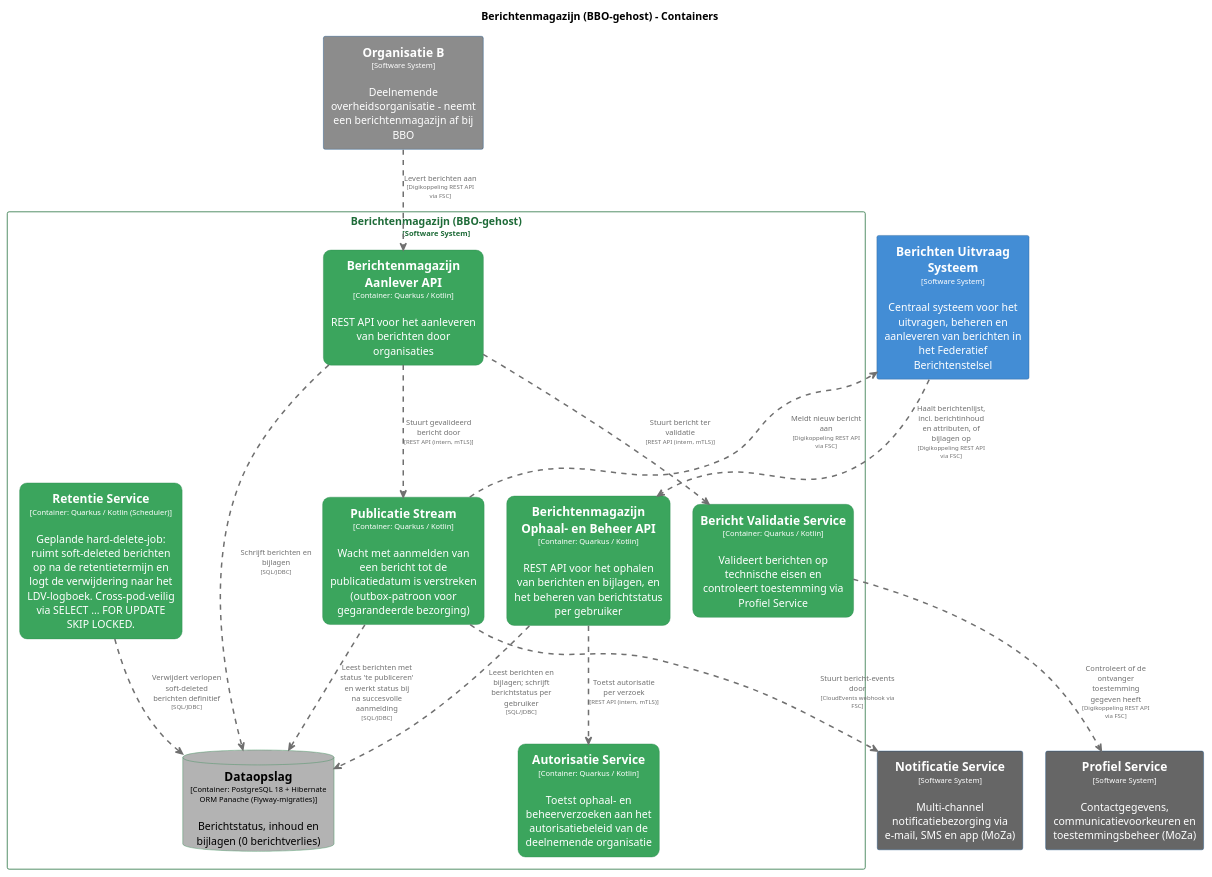
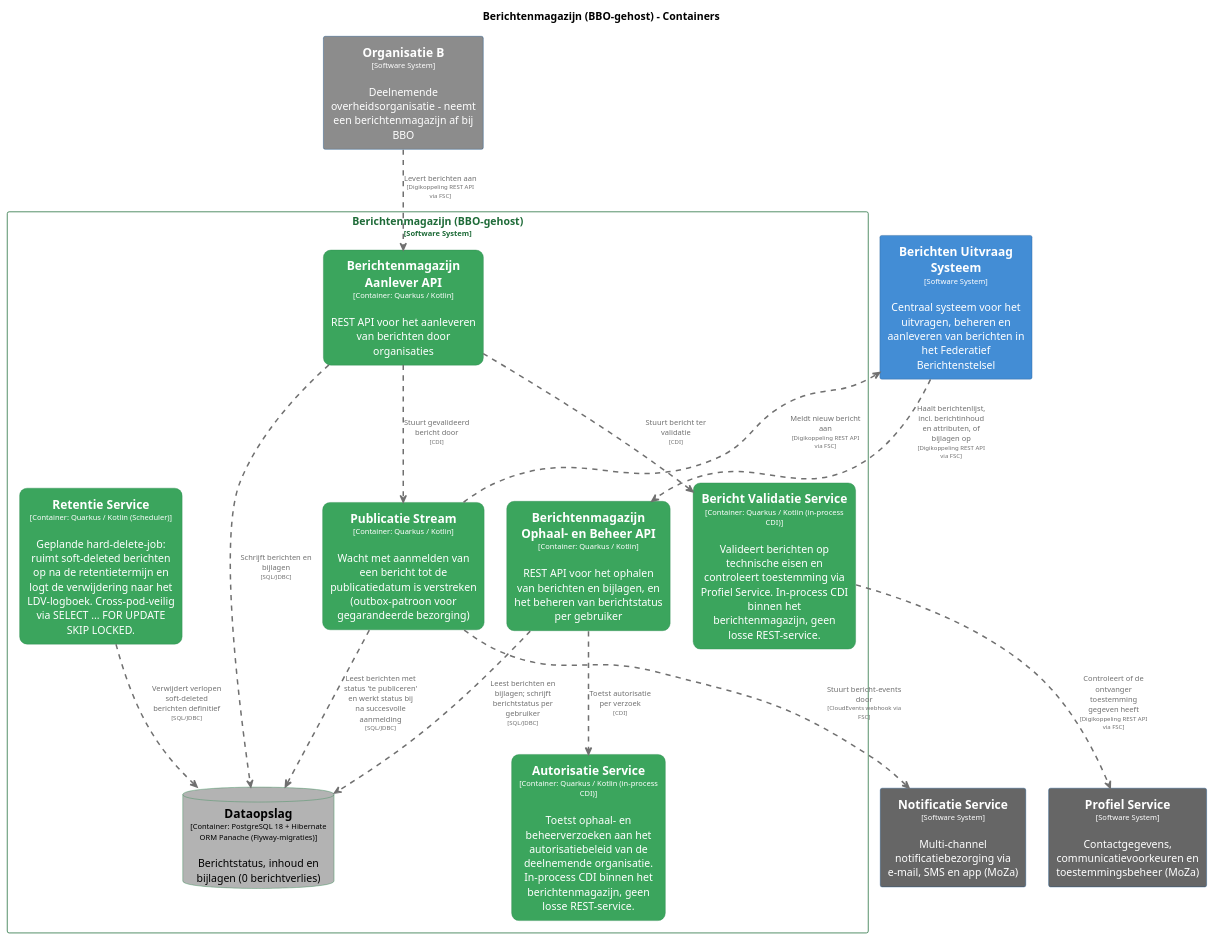
Before and after one commit to MinBZK/moza-poc-fbs-berichtenbox: the diagram in master/puml/BerichtenmagazijnContainers.puml, drawn with PlantUML. The commit also changed 51 other files, not shown here.

```diff
--- a/master/puml/BerichtenmagazijnContainers.puml
+++ b/master/puml/BerichtenmagazijnContainers.puml
@@ -1,123 +1,123 @@
 @startuml
 set separator none
 title Berichtenmagazijn (BBO-gehost) - Containers
 
 top to bottom direction
 skinparam ranksep 60
 skinparam nodesep 30
 
 skinparam {
   arrowFontSize 10
   defaultTextAlignment center
   wrapWidth 200
   maxMessageSize 100
 }
 
 hide stereotype
 
 skinparam rectangle<<BerichtenmagazijnBBOgehost.AutorisatieService>> {
   BackgroundColor #3ba55d
   FontColor #ffffff
   BorderColor #2d8a4e
   roundCorner 20
   shadowing false
 }
 skinparam rectangle<<BerichtenmagazijnBBOgehost.BerichtValidatieService>> {
   BackgroundColor #3ba55d
   FontColor #ffffff
   BorderColor #2d8a4e
   roundCorner 20
   shadowing false
 }
 skinparam rectangle<<BerichtenUitvraagSysteem>> {
   BackgroundColor #438dd5
   FontColor #ffffff
   BorderColor #2e6295
   shadowing false
 }
 skinparam rectangle<<BerichtenmagazijnBBOgehost.BerichtenmagazijnAanleverAPI>> {
   BackgroundColor #3ba55d
   FontColor #ffffff
   BorderColor #2d8a4e
   roundCorner 20
   shadowing false
 }
 skinparam rectangle<<BerichtenmagazijnBBOgehost.BerichtenmagazijnOphaalenBeheerAPI>> {
   BackgroundColor #3ba55d
   FontColor #ffffff
   BorderColor #2d8a4e
   roundCorner 20
   shadowing false
 }
 skinparam database<<BerichtenmagazijnBBOgehost.Dataopslag>> {
   BackgroundColor #b3b3b3
   FontColor #000000
   BorderColor #2d8a4e
   shadowing false
 }
 skinparam rectangle<<NotificatieService>> {
   BackgroundColor #666666
   FontColor #ffffff
   BorderColor #0b4884
   shadowing false
 }
 skinparam rectangle<<OrganisatieB>> {
   BackgroundColor #8c8c8c
   FontColor #ffffff
   BorderColor #0b4884
   shadowing false
 }
 skinparam rectangle<<ProfielService>> {
   BackgroundColor #666666
   FontColor #ffffff
   BorderColor #0b4884
   shadowing false
 }
 skinparam rectangle<<BerichtenmagazijnBBOgehost.PublicatieStream>> {
   BackgroundColor #3ba55d
   FontColor #ffffff
   BorderColor #2d8a4e
   roundCorner 20
   shadowing false
 }
 skinparam rectangle<<BerichtenmagazijnBBOgehost.RetentieService>> {
   BackgroundColor #3ba55d
   FontColor #ffffff
   BorderColor #2d8a4e
   roundCorner 20
   shadowing false
 }
 skinparam rectangle<<BerichtenmagazijnBBOgehost>> {
   BorderColor #1e6b38
   FontColor #1e6b38
   shadowing false
 }
 
 rectangle "==Profiel Service\n<size:10>[Software System]</size>\n\nContactgegevens, communicatievoorkeuren en toestemmingsbeheer (MoZa)" <<ProfielService>> as ProfielService
 rectangle "==Notificatie Service\n<size:10>[Software System]</size>\n\nMulti-channel notificatiebezorging via e-mail, SMS en app (MoZa)" <<NotificatieService>> as NotificatieService
 rectangle "==Organisatie B\n<size:10>[Software System]</size>\n\nDeelnemende overheidsorganisatie - neemt een berichtenmagazijn af bij BBO" <<OrganisatieB>> as OrganisatieB
 rectangle "==Berichten Uitvraag Systeem\n<size:10>[Software System]</size>\n\nCentraal systeem voor het uitvragen, beheren en aanleveren van berichten in het Federatief Berichtenstelsel" <<BerichtenUitvraagSysteem>> as BerichtenUitvraagSysteem
 
 rectangle "Berichtenmagazijn (BBO-gehost)\n<size:10>[Software System]</size>" <<BerichtenmagazijnBBOgehost>> {
   rectangle "==Berichtenmagazijn Ophaal- en Beheer API\n<size:10>[Container: Quarkus / Kotlin]</size>\n\nREST API voor het ophalen van berichten en bijlagen, en het beheren van berichtstatus per gebruiker" <<BerichtenmagazijnBBOgehost.BerichtenmagazijnOphaalenBeheerAPI>> as BerichtenmagazijnBBOgehost.BerichtenmagazijnOphaalenBeheerAPI
   rectangle "==Berichtenmagazijn Aanlever API\n<size:10>[Container: Quarkus / Kotlin]</size>\n\nREST API voor het aanleveren van berichten door organisaties" <<BerichtenmagazijnBBOgehost.BerichtenmagazijnAanleverAPI>> as BerichtenmagazijnBBOgehost.BerichtenmagazijnAanleverAPI
   database "==Dataopslag\n<size:10>[Container: PostgreSQL 18 + Hibernate ORM Panache (Flyway-migraties)]</size>\n\nBerichtstatus, inhoud en bijlagen (0 berichtverlies)" <<BerichtenmagazijnBBOgehost.Dataopslag>> as BerichtenmagazijnBBOgehost.Dataopslag
-  rectangle "==Bericht Validatie Service\n<size:10>[Container: Quarkus / Kotlin]</size>\n\nValideert berichten op technische eisen en controleert toestemming via Profiel Service" <<BerichtenmagazijnBBOgehost.BerichtValidatieService>> as BerichtenmagazijnBBOgehost.BerichtValidatieService
+  rectangle "==Bericht Validatie Service\n<size:10>[Container: Quarkus / Kotlin (in-process CDI)]</size>\n\nValideert berichten op technische eisen en controleert toestemming via Profiel Service. In-process CDI binnen het berichtenmagazijn, geen losse REST-service." <<BerichtenmagazijnBBOgehost.BerichtValidatieService>> as BerichtenmagazijnBBOgehost.BerichtValidatieService
   rectangle "==Publicatie Stream\n<size:10>[Container: Quarkus / Kotlin]</size>\n\nWacht met aanmelden van een bericht tot de publicatiedatum is verstreken (outbox-patroon voor gegarandeerde bezorging)" <<BerichtenmagazijnBBOgehost.PublicatieStream>> as BerichtenmagazijnBBOgehost.PublicatieStream
-  rectangle "==Autorisatie Service\n<size:10>[Container: Quarkus / Kotlin]</size>\n\nToetst ophaal- en beheerverzoeken aan het autorisatiebeleid van de deelnemende organisatie" <<BerichtenmagazijnBBOgehost.AutorisatieService>> as BerichtenmagazijnBBOgehost.AutorisatieService
+  rectangle "==Autorisatie Service\n<size:10>[Container: Quarkus / Kotlin (in-process CDI)]</size>\n\nToetst ophaal- en beheerverzoeken aan het autorisatiebeleid van de deelnemende organisatie. In-process CDI binnen het berichtenmagazijn, geen losse REST-service." <<BerichtenmagazijnBBOgehost.AutorisatieService>> as BerichtenmagazijnBBOgehost.AutorisatieService
   rectangle "==Retentie Service\n<size:10>[Container: Quarkus / Kotlin (Scheduler)]</size>\n\nGeplande hard-delete-job: ruimt soft-deleted berichten op na de retentietermijn en logt de verwijdering naar het LDV-logboek. Cross-pod-veilig via SELECT ... FOR UPDATE SKIP LOCKED." <<BerichtenmagazijnBBOgehost.RetentieService>> as BerichtenmagazijnBBOgehost.RetentieService
 }
 
 BerichtenUitvraagSysteem .[#707070,thickness=2].> BerichtenmagazijnBBOgehost.BerichtenmagazijnOphaalenBeheerAPI : "<color:#707070>Haalt berichtenlijst, incl. berichtinhoud en attributen, of bijlagen op\n<color:#707070><size:8>[Digikoppeling REST API via FSC]</size>"
 BerichtenmagazijnBBOgehost.PublicatieStream .[#707070,thickness=2].> BerichtenUitvraagSysteem : "<color:#707070>Meldt nieuw bericht aan\n<color:#707070><size:8>[Digikoppeling REST API via FSC]</size>"
 BerichtenmagazijnBBOgehost.PublicatieStream .[#707070,thickness=2].> NotificatieService : "<color:#707070>Stuurt bericht-events door\n<color:#707070><size:8>[CloudEvents webhook via FSC]</size>"
 OrganisatieB .[#707070,thickness=2].> BerichtenmagazijnBBOgehost.BerichtenmagazijnAanleverAPI : "<color:#707070>Levert berichten aan\n<color:#707070><size:8>[Digikoppeling REST API via FSC]</size>"
 BerichtenmagazijnBBOgehost.BerichtValidatieService .[#707070,thickness=2].> ProfielService : "<color:#707070>Controleert of de ontvanger toestemming gegeven heeft\n<color:#707070><size:8>[Digikoppeling REST API via FSC]</size>"
 BerichtenmagazijnBBOgehost.BerichtenmagazijnOphaalenBeheerAPI .[#707070,thickness=2].> BerichtenmagazijnBBOgehost.Dataopslag : "<color:#707070>Leest berichten en bijlagen; schrijft berichtstatus per gebruiker\n<color:#707070><size:8>[SQL/JDBC]</size>"
 BerichtenmagazijnBBOgehost.BerichtenmagazijnAanleverAPI .[#707070,thickness=2].> BerichtenmagazijnBBOgehost.Dataopslag : "<color:#707070>Schrijft berichten en bijlagen\n<color:#707070><size:8>[SQL/JDBC]</size>"
-BerichtenmagazijnBBOgehost.BerichtenmagazijnAanleverAPI .[#707070,thickness=2].> BerichtenmagazijnBBOgehost.BerichtValidatieService : "<color:#707070>Stuurt bericht ter validatie\n<color:#707070><size:8>[REST API (intern, mTLS)]</size>"
-BerichtenmagazijnBBOgehost.BerichtenmagazijnAanleverAPI .[#707070,thickness=2].> BerichtenmagazijnBBOgehost.PublicatieStream : "<color:#707070>Stuurt gevalideerd bericht door\n<color:#707070><size:8>[REST API (intern, mTLS)]</size>"
+BerichtenmagazijnBBOgehost.BerichtenmagazijnAanleverAPI .[#707070,thickness=2].> BerichtenmagazijnBBOgehost.BerichtValidatieService : "<color:#707070>Stuurt bericht ter validatie\n<color:#707070><size:8>[CDI]</size>"
+BerichtenmagazijnBBOgehost.BerichtenmagazijnAanleverAPI .[#707070,thickness=2].> BerichtenmagazijnBBOgehost.PublicatieStream : "<color:#707070>Stuurt gevalideerd bericht door\n<color:#707070><size:8>[CDI]</size>"
 BerichtenmagazijnBBOgehost.PublicatieStream .[#707070,thickness=2].> BerichtenmagazijnBBOgehost.Dataopslag : "<color:#707070>Leest berichten met status 'te publiceren' en werkt status bij na succesvolle aanmelding\n<color:#707070><size:8>[SQL/JDBC]</size>"
-BerichtenmagazijnBBOgehost.BerichtenmagazijnOphaalenBeheerAPI .[#707070,thickness=2].> BerichtenmagazijnBBOgehost.AutorisatieService : "<color:#707070>Toetst autorisatie per verzoek\n<color:#707070><size:8>[REST API (intern, mTLS)]</size>"
+BerichtenmagazijnBBOgehost.BerichtenmagazijnOphaalenBeheerAPI .[#707070,thickness=2].> BerichtenmagazijnBBOgehost.AutorisatieService : "<color:#707070>Toetst autorisatie per verzoek\n<color:#707070><size:8>[CDI]</size>"
 BerichtenmagazijnBBOgehost.RetentieService .[#707070,thickness=2].> BerichtenmagazijnBBOgehost.Dataopslag : "<color:#707070>Verwijdert verlopen soft-deleted berichten definitief\n<color:#707070><size:8>[SQL/JDBC]</size>"
 @enduml
```
